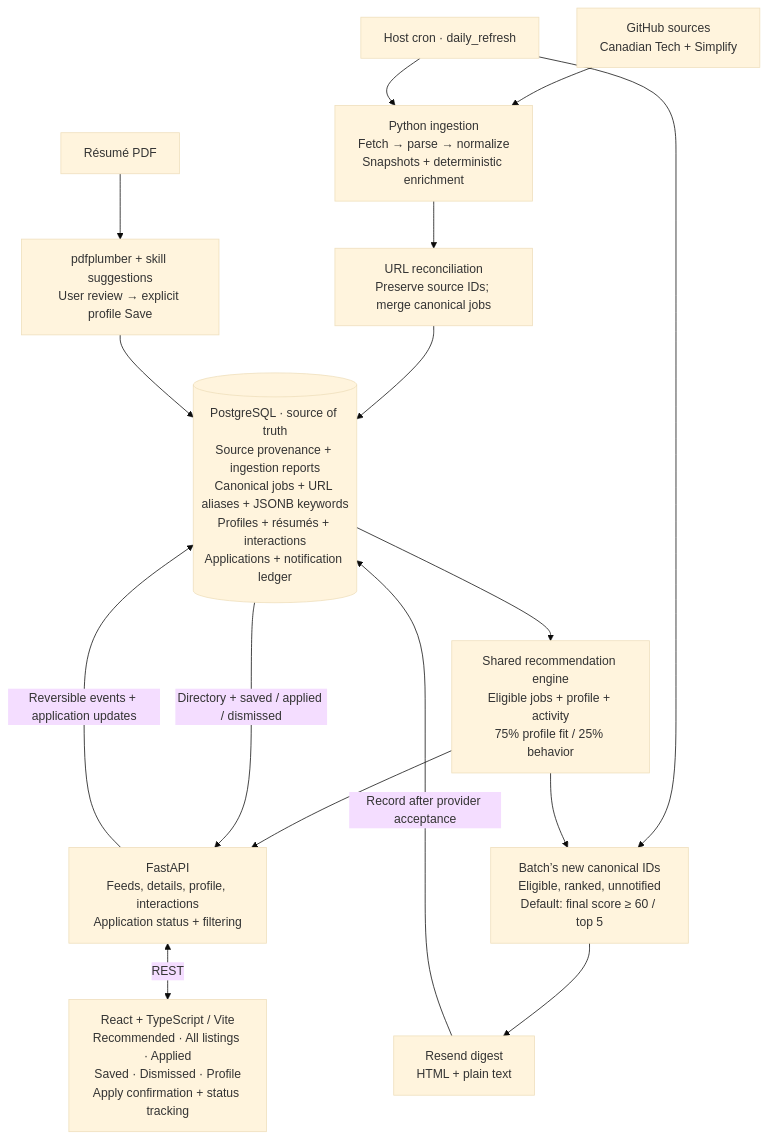
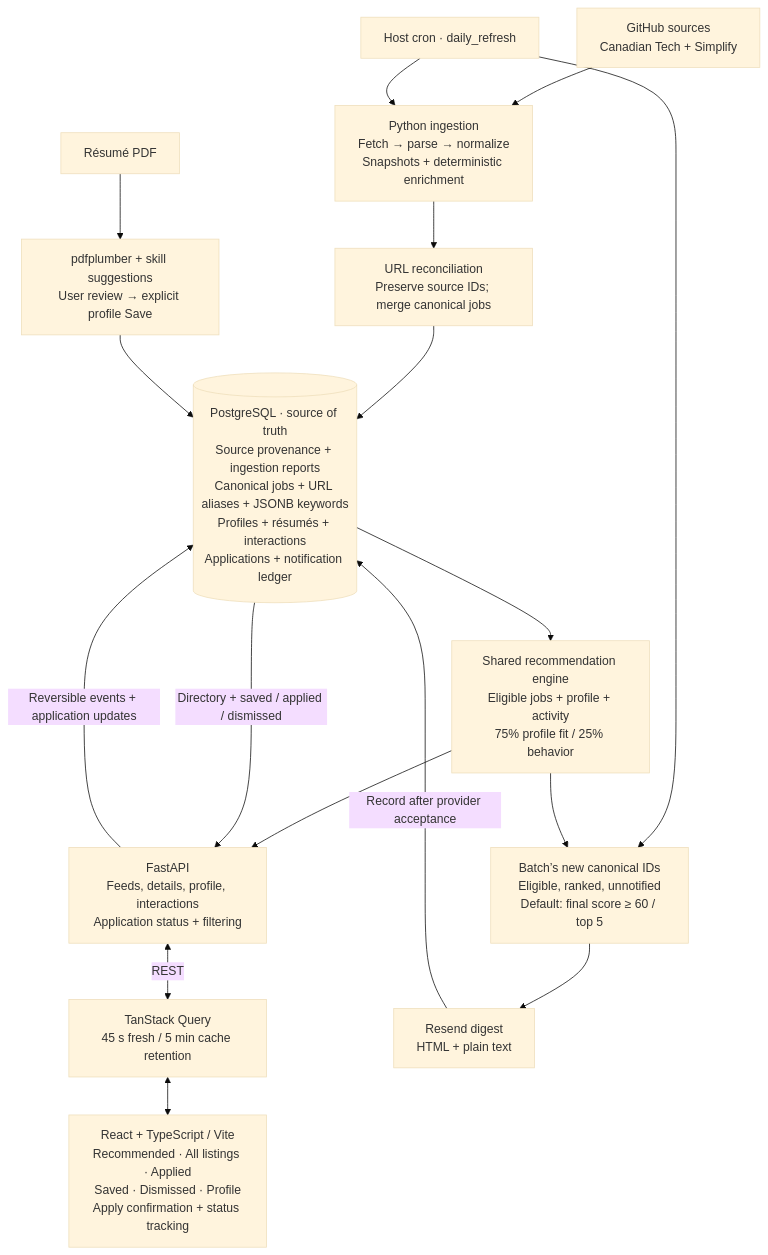
Before and after one commit to aymaanalamgir/internshipfeed: the diagram in README.md, drawn with Mermaid (base theme). The commit also changed other lines of this file and 30 other files, not shown here.

````diff
--- a/README.md
+++ b/README.md
@@ -19,22 +19,23 @@
 ```mermaid
 flowchart TB
     sources["GitHub sources<br/>Canadian Tech + Simplify"]
     sources --> ingest["Python ingestion<br/>Fetch → parse → normalize<br/>Snapshots + deterministic enrichment"]
     ingest --> reconcile["URL reconciliation<br/>Preserve source IDs; merge canonical jobs"]
     reconcile --> db[("PostgreSQL · source of truth<br/>Source provenance + ingestion reports<br/>Canonical jobs + URL aliases + JSONB keywords<br/>Profiles + résumés + interactions<br/>Applications + notification ledger")]
 
     pdf["Résumé PDF"] --> skills["pdfplumber + skill suggestions<br/>User review → explicit profile Save"]
     skills --> db
 
     db --> rank["Shared recommendation engine<br/>Eligible jobs + profile + activity<br/>75% profile fit / 25% behavior"]
     rank --> api["FastAPI<br/>Feeds, details, profile, interactions<br/>Application status + filtering"]
     db -->|"Directory + saved / applied / dismissed"| api
-    api <-->|"REST"| ui["React + TypeScript / Vite<br/>Recommended · All listings · Applied<br/>Saved · Dismissed · Profile<br/>Apply confirmation + status tracking"]
+    api <-->|"REST"| cache["TanStack Query<br/>45 s fresh / 5 min cache retention"]
+    cache <--> ui["React + TypeScript / Vite<br/>Recommended · All listings · Applied<br/>Saved · Dismissed · Profile<br/>Apply confirmation + status tracking"]
     api -->|"Reversible events + application updates"| db
 
     cron["Host cron · daily_refresh"] --> ingest
     cron --> digest["Batch’s new canonical IDs<br/>Eligible, ranked, unnotified<br/>Default: final score ≥ 60 / top 5"]
     rank --> digest
     digest --> email["Resend digest<br/>HTML + plain text"]
     email -->|"Record after provider acceptance"| db
 ```
````
